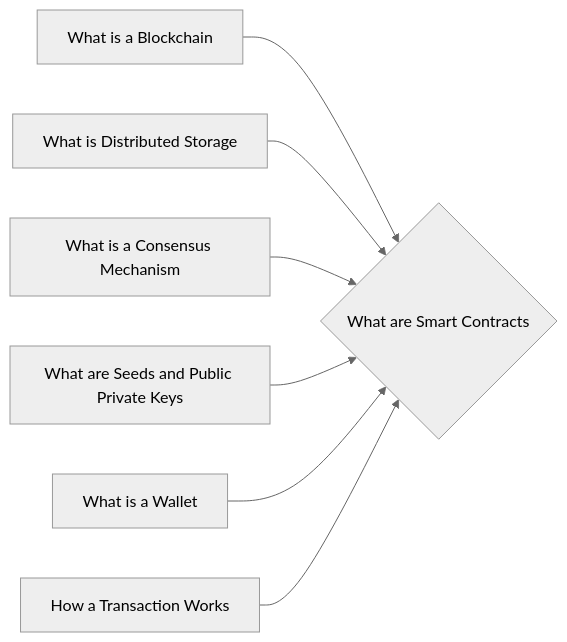
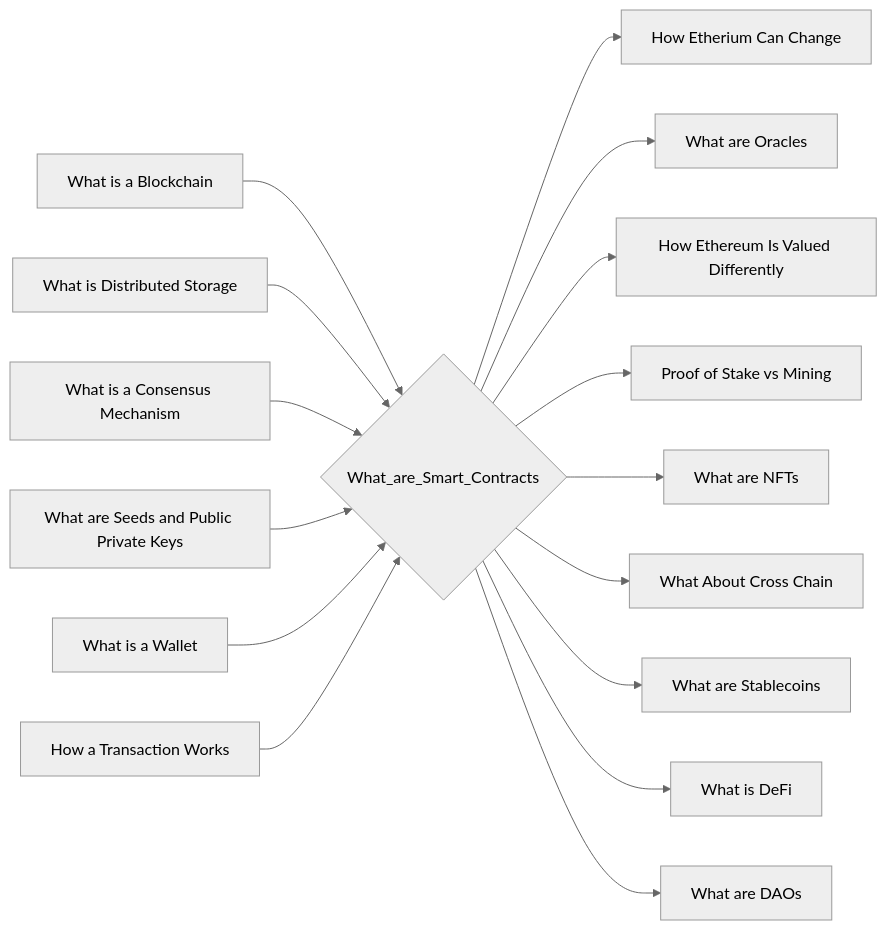
The diagram in notes/What_are_Smart_Contracts.md (lpurdy01/crypto-knowledge-map), drawn with Mermaid (neutral theme) before and after one commit. The commit also changed 161 other files, not shown here.

````diff
--- a/notes/What_are_Smart_Contracts.md
+++ b/notes/What_are_Smart_Contracts.md
@@ -21,9 +21,18 @@
 ```mermaid
 graph LR
-1["What is a Blockchain"]-->0{"What are Smart Contracts"}
-2["What is Distributed Storage"]-->0{"What are Smart Contracts"}
-3["What is a Consensus Mechanism"]-->0{"What are Smart Contracts"}
-4["What are Seeds and Public Private Keys"]-->0{"What are Smart Contracts"}
-5["What is a Wallet"]-->0{"What are Smart Contracts"}
-6["How a Transaction Works"]-->0{"What are Smart Contracts"}
+1["What is a Blockchain"]-->0{"What_are_Smart_Contracts"}
+2["What is Distributed Storage"]-->0{"What_are_Smart_Contracts"}
+3["What is a Consensus Mechanism"]-->0{"What_are_Smart_Contracts"}
+4["What are Seeds and Public Private Keys"]-->0{"What_are_Smart_Contracts"}
+5["What is a Wallet"]-->0{"What_are_Smart_Contracts"}
+6["How a Transaction Works"]-->0{"What_are_Smart_Contracts"}
+0{"What_are_Smart_Contracts"}-->7["How Etherium Can Change"]
+0{"What_are_Smart_Contracts"}-->8["What are Oracles"]
+0{"What_are_Smart_Contracts"}-->9["How Ethereum Is Valued Differently"]
+0{"What_are_Smart_Contracts"}-->10["Proof of Stake vs Mining"]
+0{"What_are_Smart_Contracts"}-->11["What are NFTs"]
+0{"What_are_Smart_Contracts"}-->12["What About Cross Chain"]
+0{"What_are_Smart_Contracts"}-->13["What are Stablecoins"]
+0{"What_are_Smart_Contracts"}-->14["What is DeFi"]
+0{"What_are_Smart_Contracts"}-->15["What are DAOs"]
 ```
````
